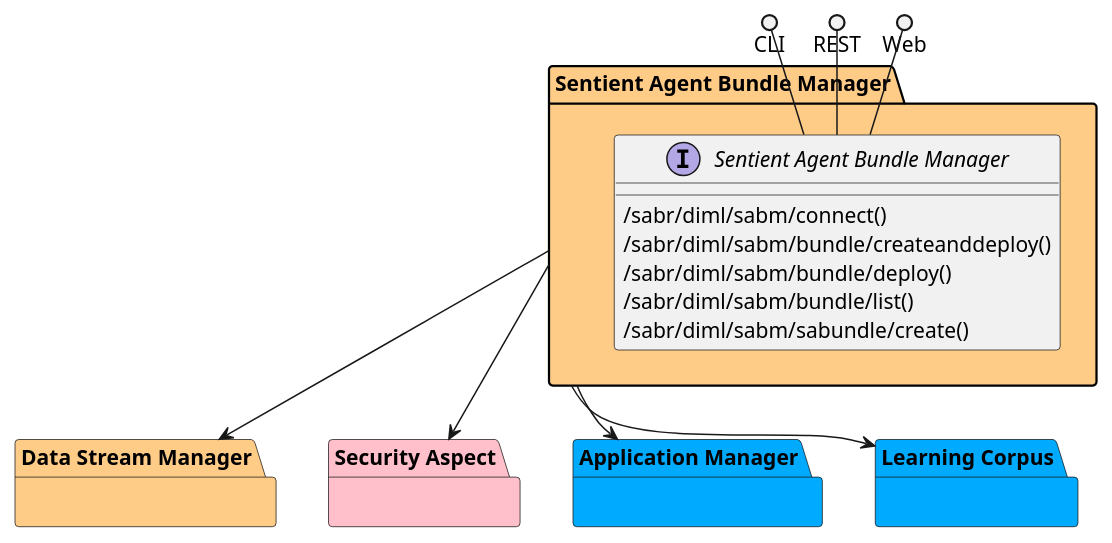
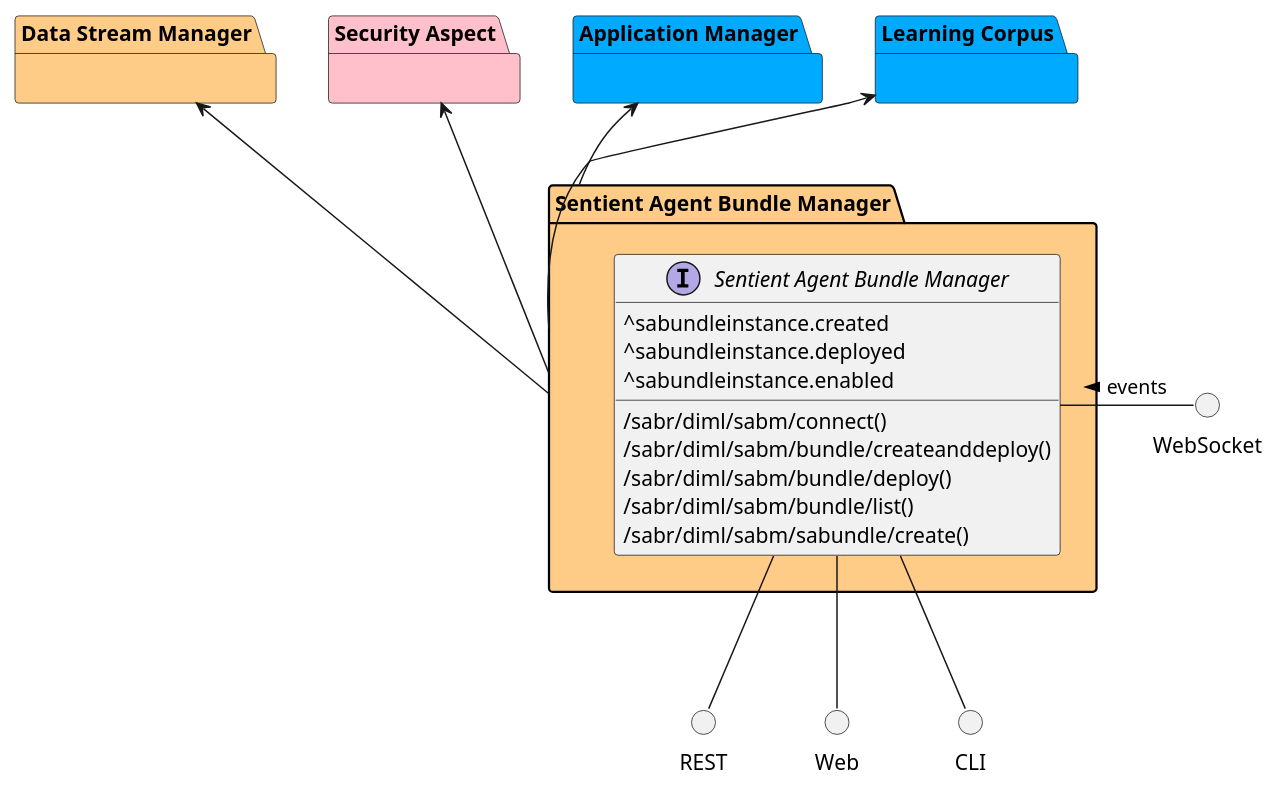
The diagram in docs/sabr/diml/sabm/subpackage.puml (madajaju/sabr), drawn with PlantUML before and after one commit. The commit also changed 597 other files, not shown here.

```diff
--- a/docs/sabr/diml/sabm/subpackage.puml
+++ b/docs/sabr/diml/sabm/subpackage.puml
@@ -1,56 +1,66 @@
 @startuml
 
 
 package "Data Stream Manager" #ffcc88 {
 
 }
 
 package "Security Aspect" #pink {
 
 }
 
 package "Application Manager" #00aaff {
 
 }
 
 package "Learning Corpus" #00aaff {
 
 }
 
 package "Sentient Agent Bundle Manager" #ffcc88 {
 
 }
 
 
 package "Sentient Agent Bundle Manager" #ffcc88 {
 
     interface "Sentient Agent Bundle Manager" as i {
+            ^sabundleinstance.created
+            ^sabundleinstance.deployed
+            ^sabundleinstance.enabled
+    
             /sabr/diml/sabm/connect()
             /sabr/diml/sabm/bundle/createanddeploy()
             /sabr/diml/sabm/bundle/deploy()
             /sabr/diml/sabm/bundle/list()
             /sabr/diml/sabm/sabundle/create()
     
     }
 }
 
-CLI ()-- i
-REST ()-- i
-Web ()-- i
+circle REST
+circle Web
+circle CLI
+circle WebSocket
+
+i -down- Web
+i -down- CLI
+i -down- REST
+WebSocket -left- i: events >
 
 package "Sentient Agent Bundle Manager" #ffcc88 {
 
 
 }
 
 
-    "Sentient Agent Bundle Manager" --> "Data Stream Manager"
+    "Data Stream Manager" <-- "Sentient Agent Bundle Manager"
 
-    "Sentient Agent Bundle Manager" --> "Security Aspect"
+    "Security Aspect" <-- "Sentient Agent Bundle Manager"
 
-    "Sentient Agent Bundle Manager" --> "Application Manager"
+    "Application Manager" <-- "Sentient Agent Bundle Manager"
 
-    "Sentient Agent Bundle Manager" --> "Learning Corpus"
+    "Learning Corpus" <-- "Sentient Agent Bundle Manager"
 
 
 @enduml
```
